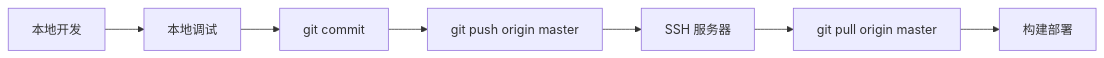
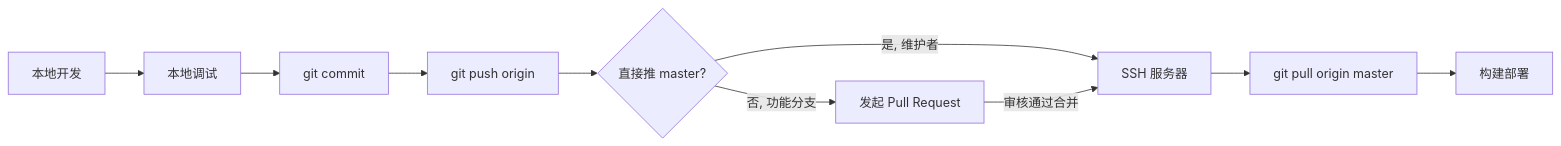
One commit to chen136523510/nandexueyuan changed the diagram in .trae/rules/git-manage.md. Above: the diagram before and after it, drawn with Mermaid. The commit also changed other lines of this file and 2 other files, not shown here.

First line of the commit message:
docs: 引入 GitHub 托管与协作指南

````diff
--- a/.trae/rules/git-manage.md
+++ b/.trae/rules/git-manage.md
@@ -5,9 +5,12 @@
 ```mermaid
 flowchart LR
     A[本地开发] --> B[本地调试]
     B --> C[git commit]
-    C --> D[git push origin master]
-    D --> E[SSH 服务器]
-    E --> F[git pull origin master]
-    F --> G[构建部署]
+    C --> D[git push origin]
+    D --> E{直接推 master?}
+    E -->|是, 维护者| F[SSH 服务器]
+    E -->|否, 功能分支| G[发起 Pull Request]
+    G -->|审核通过合并| F
+    F --> H[git pull origin master]
+    H --> I[构建部署]
 ```
````
